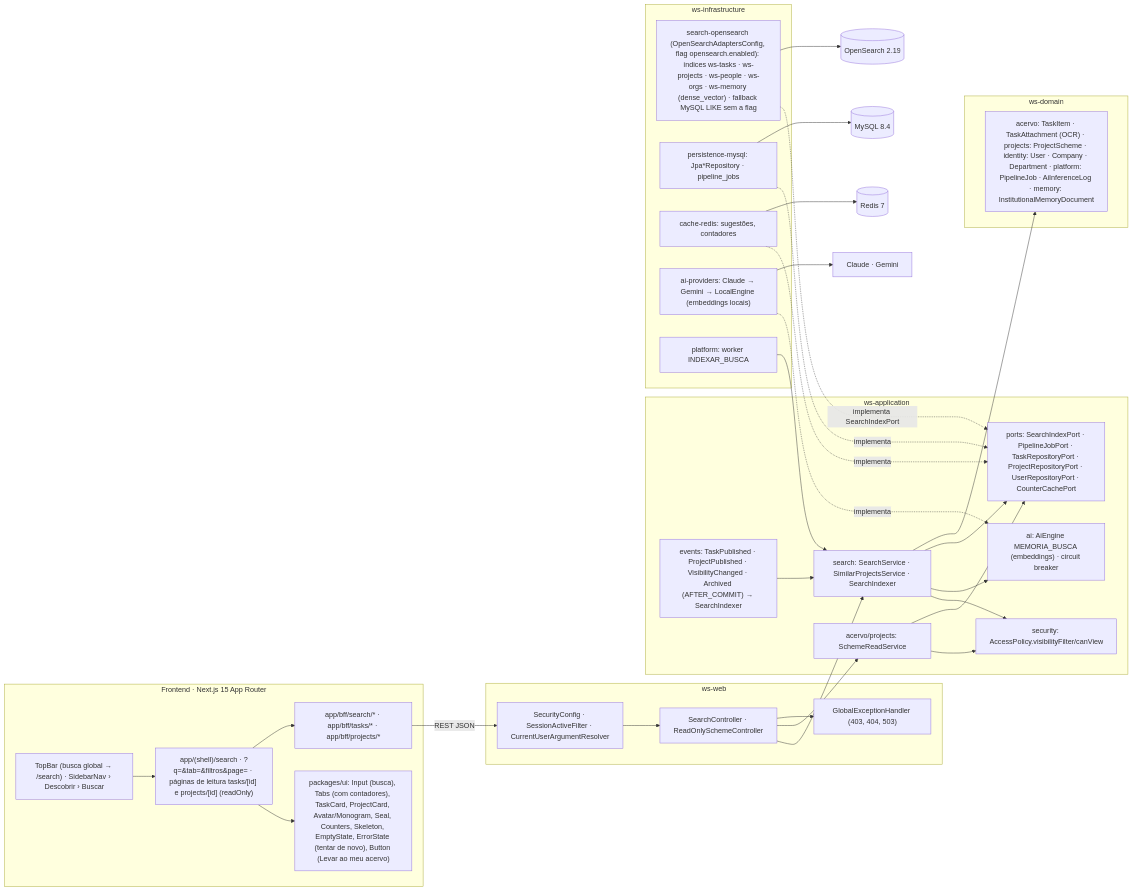
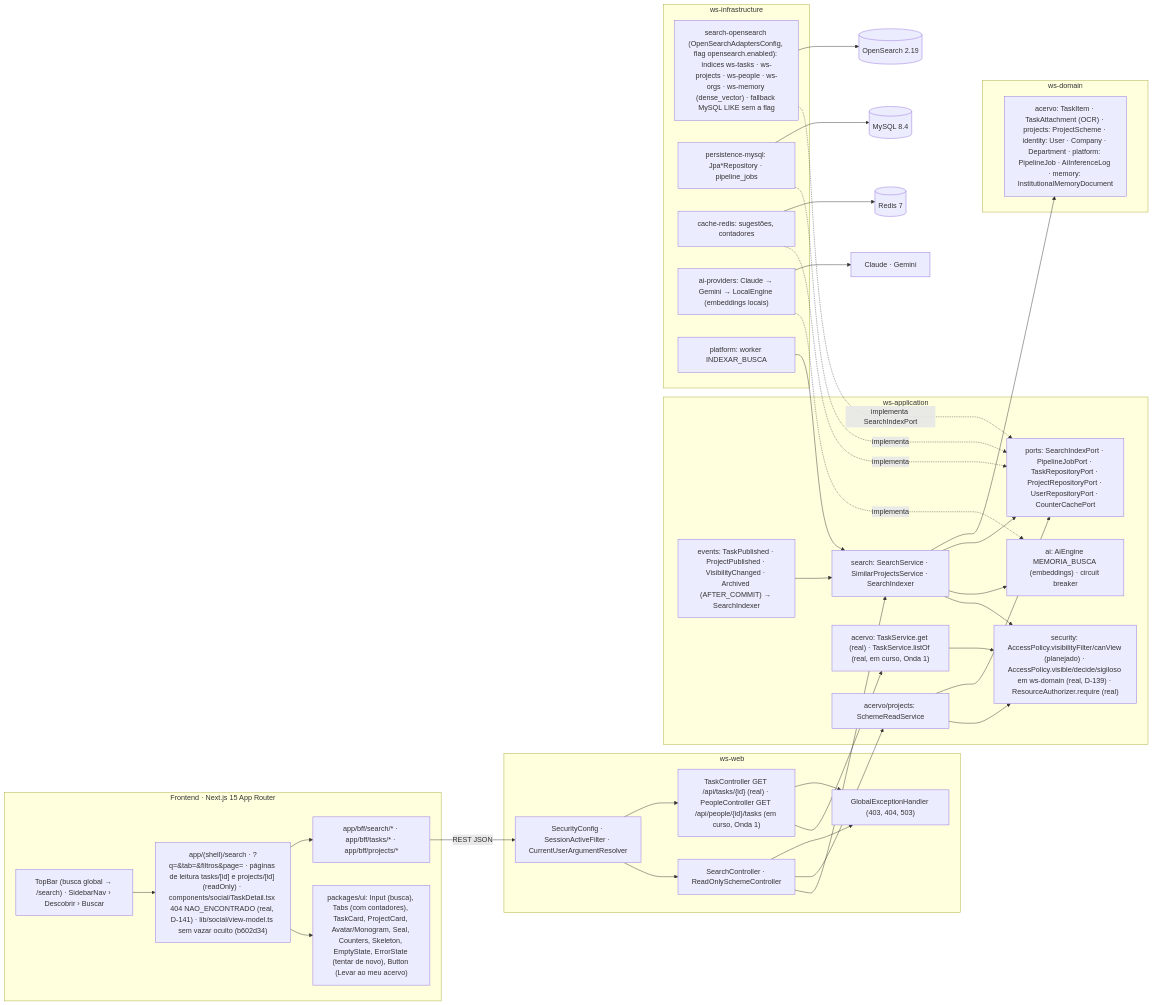
The fifth of 5 diagrams in docs/diagramas/RF17/README.md (MatheusHaliski/Decia-app-2026), drawn with Mermaid before and after one commit. The commit also changed other lines of this file and 6 other files, not shown here.

First line of the commit message:
docs(diagramas): RF2, RF6, RF14–RF17 com sessão e perfil reais

````diff
--- a/docs/diagramas/RF17/README.md
+++ b/docs/diagramas/RF17/README.md
@@ -401,55 +455,60 @@
 ```mermaid
 flowchart LR
   subgraph FE["Frontend · Next.js 15 App Router"]
-    PG["app/(shell)/search · ?q=&tab=&filtros&page= · páginas de leitura tasks/[id] e projects/[id] (readOnly)"]
+    PG["app/(shell)/search · ?q=&tab=&filtros&page= · páginas de leitura tasks/[id] e projects/[id] (readOnly) · components/social/TaskDetail.tsx 404 NAO_ENCONTRADO (real, D-141) · lib/social/view-model.ts sem vazar oculto (b602d34)"]
     UI["packages/ui: Input (busca), Tabs (com contadores), TaskCard, ProjectCard, Avatar/Monogram, Seal, Counters, Skeleton, EmptyState, ErrorState (tentar de novo), Button (Levar ao meu acervo)"]
     SN["TopBar (busca global → /search) · SidebarNav › Descobrir › Buscar"]
     BFF["app/bff/search/* · app/bff/tasks/* · app/bff/projects/*"]
     PG --> UI
     PG --> BFF
     SN --> PG
   end
   subgraph WSWEB["ws-web"]
     SEC["SecurityConfig · SessionActiveFilter · CurrentUserArgumentResolver"]
     SC["SearchController · ReadOnlySchemeController"]
+    TC["TaskController GET /api/tasks/{id} (real) · PeopleController GET /api/people/{id}/tasks (em curso, Onda 1)"]
     GEH["GlobalExceptionHandler (403, 404, 503)"]
   end
   subgraph WSAPP["ws-application"]
     SRCH["search: SearchService · SimilarProjectsService · SearchIndexer"]
     RD["acervo/projects: SchemeReadService"]
     AIE["ai: AiEngine MEMORIA_BUSCA (embeddings) · circuit breaker"]
-    SECU["security: AccessPolicy.visibilityFilter/canView"]
+    SECU["security: AccessPolicy.visibilityFilter/canView (planejado) · AccessPolicy.visible/decide/sigiloso em ws-domain (real, D-139) · ResourceAuthorizer.require (real)"]
+    TS["acervo: TaskService.get (real) · TaskService.listOf (real, em curso, Onda 1)"]
+    TS --> SECU
     PORTS["ports: SearchIndexPort · PipelineJobPort · TaskRepositoryPort · ProjectRepositoryPort · UserRepositoryPort · CounterCachePort"]
     EVT["events: TaskPublished · ProjectPublished · VisibilityChanged · Archived (AFTER_COMMIT) → SearchIndexer"]
     SRCH --> SECU
     SRCH --> AIE
     SRCH --> PORTS
     RD --> SECU
     RD --> PORTS
     EVT --> SRCH
   end
   subgraph WSDOM["ws-domain"]
     DOM["acervo: TaskItem · TaskAttachment (OCR) · projects: ProjectScheme · identity: User · Company · Department · platform: PipelineJob · AiInferenceLog · memory: InstitutionalMemoryDocument"]
   end
   subgraph INFRA["ws-infrastructure"]
     OSE["search-opensearch (OpenSearchAdaptersConfig, flag opensearch.enabled): índices ws-tasks · ws-projects · ws-people · ws-orgs · ws-memory (dense_vector) · fallback MySQL LIKE sem a flag"]
     MY["persistence-mysql: Jpa*Repository · pipeline_jobs"]
     RDS["cache-redis: sugestões, contadores"]
     AIP["ai-providers: Claude → Gemini → LocalEngine (embeddings locais)"]
     PLT["platform: worker INDEXAR_BUSCA"]
   end
 
   BFF -->|"REST JSON"| SEC --> SC --> SRCH
   SC --> RD
   SC --> GEH
+  SEC --> TC --> TS
+  TC --> GEH
   OSE -.implementa SearchIndexPort.-> PORTS
   MY -.implementa.-> PORTS
   RDS -.implementa.-> PORTS
   AIP -.implementa.-> AIE
   PLT --> SRCH
   SRCH --> DOM
   OSE --> OSX[("OpenSearch 2.19")]
   MY --> DB[("MySQL 8.4")]
   RDS --> RDX[("Redis 7")]
   AIP --> CL["Claude · Gemini"]
 ```
````
